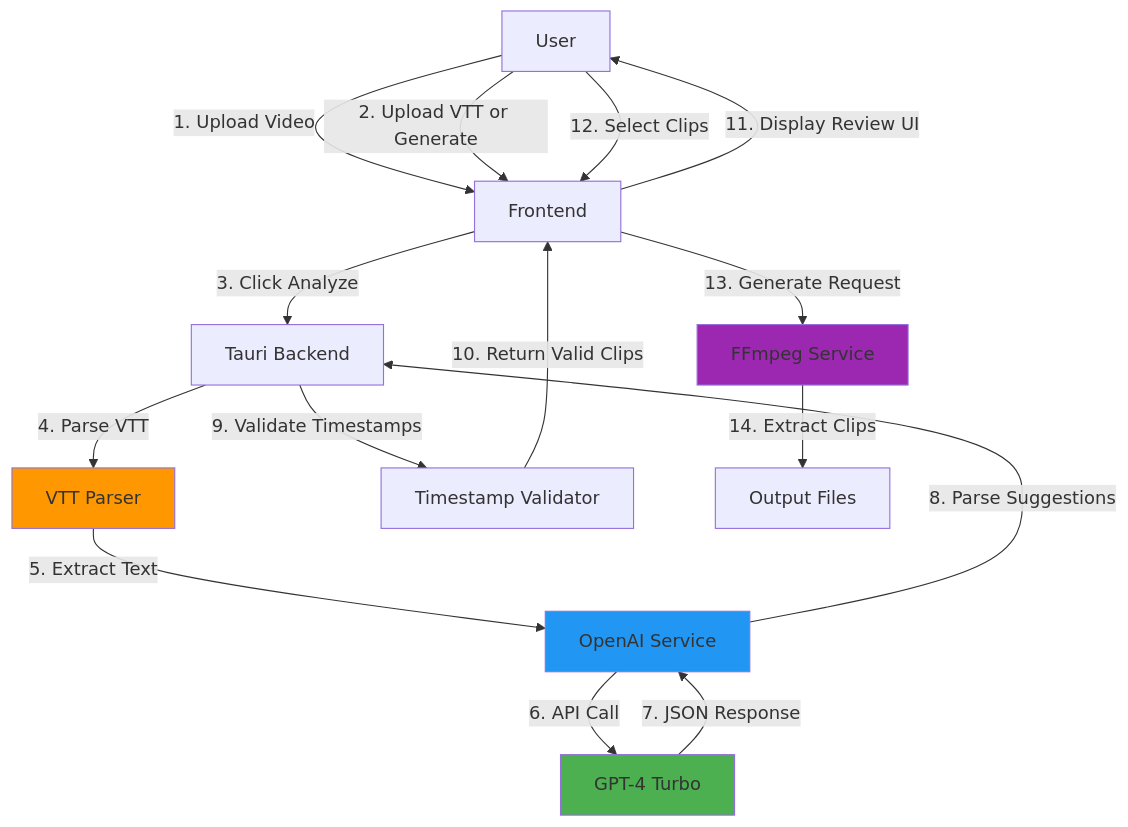
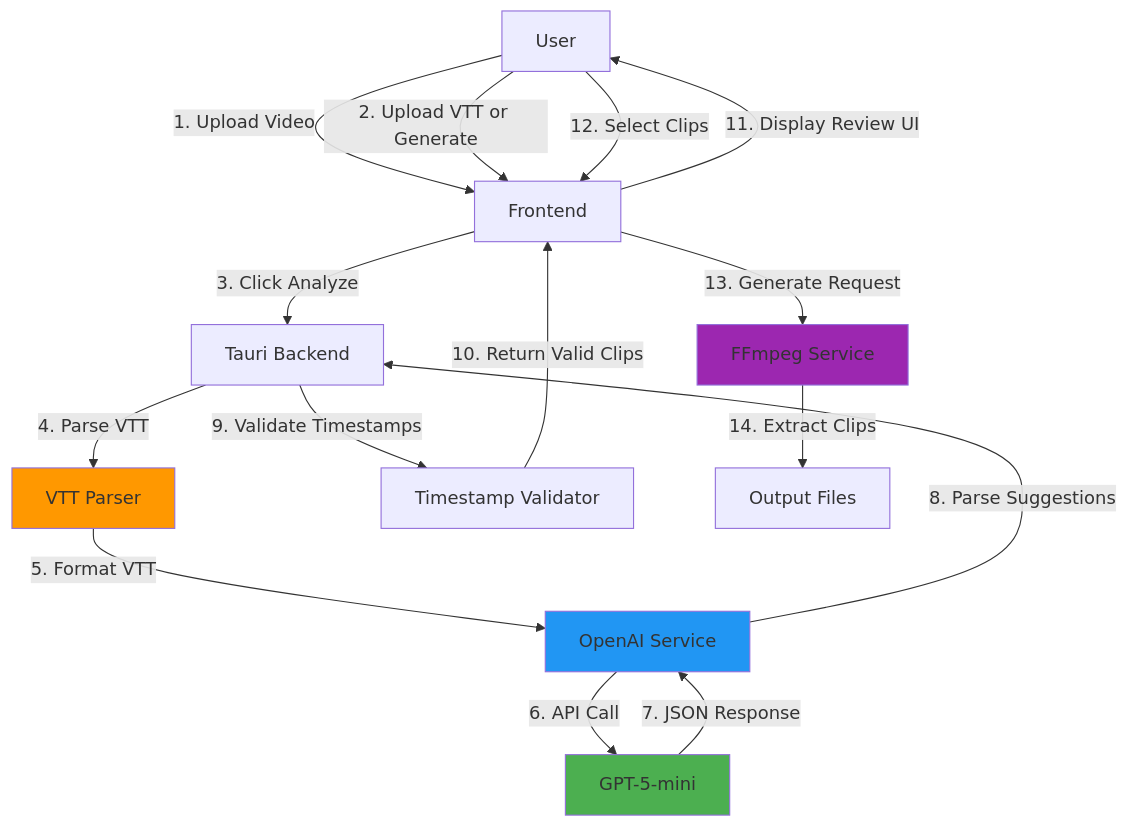
The first of 6 diagrams in docs/CLIP_SELECTION_ARCHITECTURE.md (williamrthomas/clipscribe), drawn with Mermaid before and after one commit. The commit also changed other lines of this file and 2 other files, not shown here.

First line of the commit message:
docs: Update all documentation to reflect GPT-5-mini migration

````diff
--- a/docs/CLIP_SELECTION_ARCHITECTURE.md
+++ b/docs/CLIP_SELECTION_ARCHITECTURE.md
@@ -7,22 +7,22 @@
 ```mermaid
 graph TB
     A[User] -->|1. Upload Video| B[Frontend]
     A -->|2. Upload VTT or Generate| B
     B -->|3. Click Analyze| C[Tauri Backend]
     C -->|4. Parse VTT| D[VTT Parser]
-    D -->|5. Extract Text| E[OpenAI Service]
-    E -->|6. API Call| F[GPT-4 Turbo]
+    D -->|5. Format VTT| E[OpenAI Service]
+    E -->|6. API Call| F[GPT-5-mini]
     F -->|7. JSON Response| E
     E -->|8. Parse Suggestions| C
     C -->|9. Validate Timestamps| G[Timestamp Validator]
     G -->|10. Return Valid Clips| B
     B -->|11. Display Review UI| A
     A -->|12. Select Clips| B
     B -->|13. Generate Request| H[FFmpeg Service]
     H -->|14. Extract Clips| I[Output Files]
     
     style F fill:#4CAF50
     style E fill:#2196F3
     style D fill:#FF9800
     style H fill:#9C27B0
 ```
````
